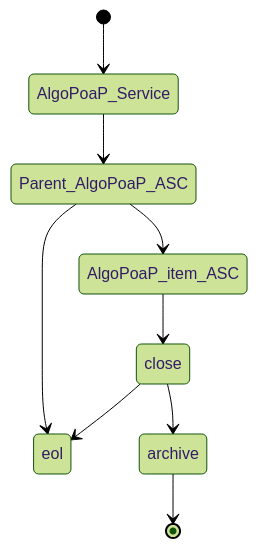
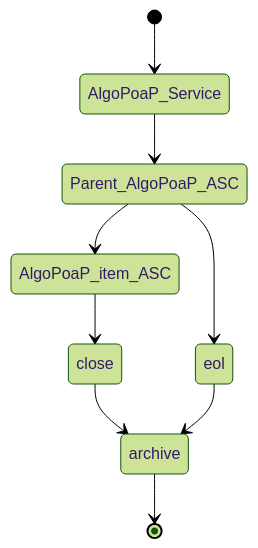
The fifth of 10 diagrams in profile/README.md (GoPlausible/.github), drawn with Mermaid (forest theme) before and after one commit.

````diff
--- a/profile/README.md
+++ b/profile/README.md
@@ -178,11 +178,11 @@
 ```mermaid
   stateDiagram-v2
     [*] --> AlgoPoaP_Service
     AlgoPoaP_Service --> Parent_AlgoPoaP_ASC
     Parent_AlgoPoaP_ASC --> AlgoPoaP_item_ASC
     AlgoPoaP_item_ASC --> close
     Parent_AlgoPoaP_ASC --> eol
     close --> archive
-    close --> eol
+    eol --> archive
     archive --> [*]
 ```
````
